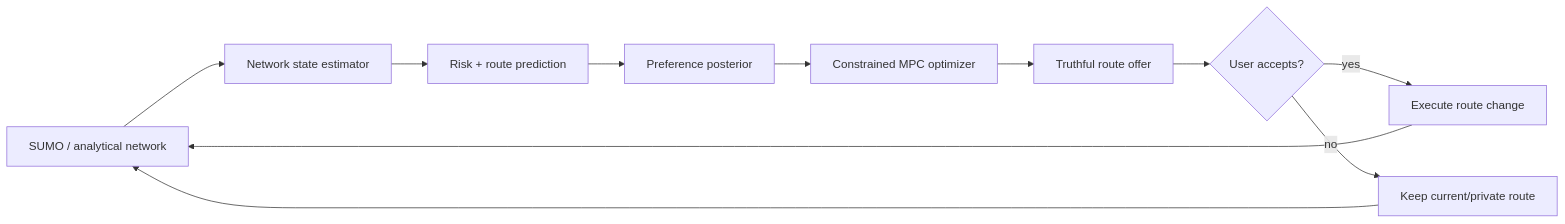
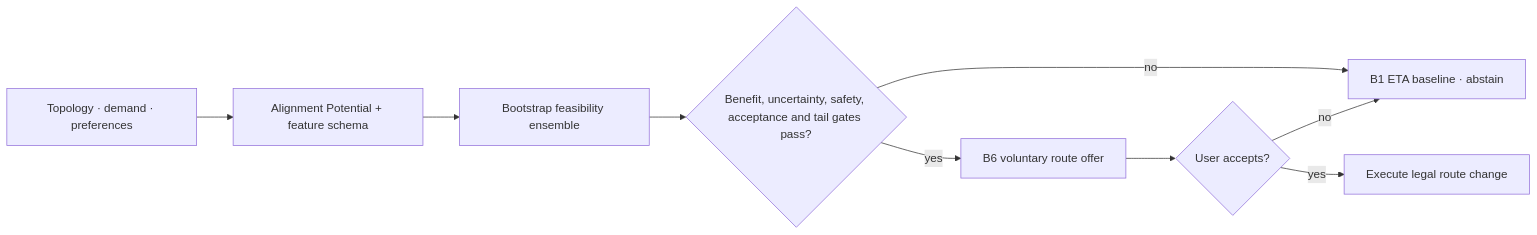
One commit to Jaemin-K-An/Concordia changed the diagram in README.md. Above: the diagram before and after it, drawn with Mermaid. The commit also changed other lines of this file and 6 other files, not shown here.

````diff
--- a/README.md
+++ b/README.md
@@ -62,13 +68,11 @@
 ```mermaid
 flowchart LR
-    A["SUMO / analytical network"] --> B["Network state estimator"]
-    B --> C["Risk + route prediction"]
-    C --> D["Preference posterior"]
-    D --> E["Constrained MPC optimizer"]
-    E --> F["Truthful route offer"]
+    A["Topology · demand · preferences"] --> B["Alignment Potential + feature schema"]
+    B --> C["Bootstrap feasibility ensemble"]
+    C --> D{"Benefit, uncertainty, safety, acceptance and tail gates pass?"}
+    D -->|"no"| E["B1 ETA baseline · abstain"]
+    D -->|"yes"| F["B6 voluntary route offer"]
     F --> G{"User accepts?"}
-    G -->|"yes"| H["Execute route change"]
-    G -->|"no"| I["Keep current/private route"]
-    H --> A
-    I --> A
+    G -->|"yes"| H["Execute legal route change"]
+    G -->|"no"| E
 ```
````
